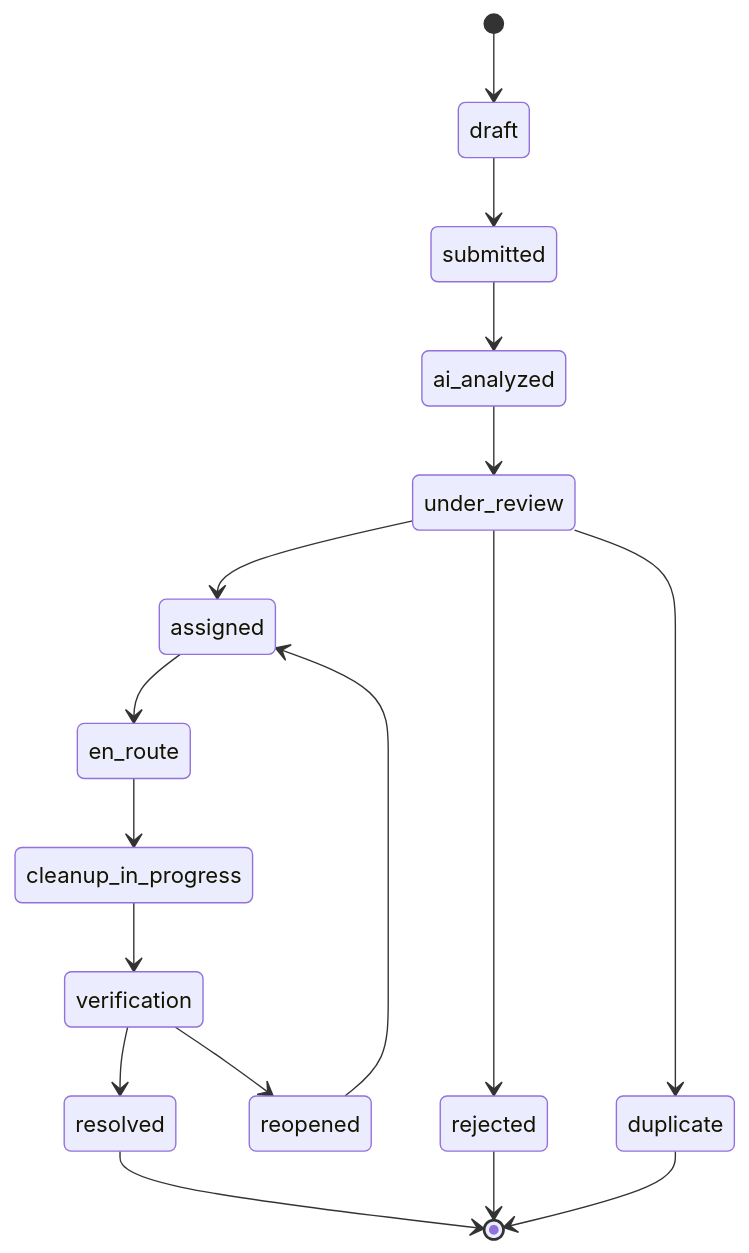
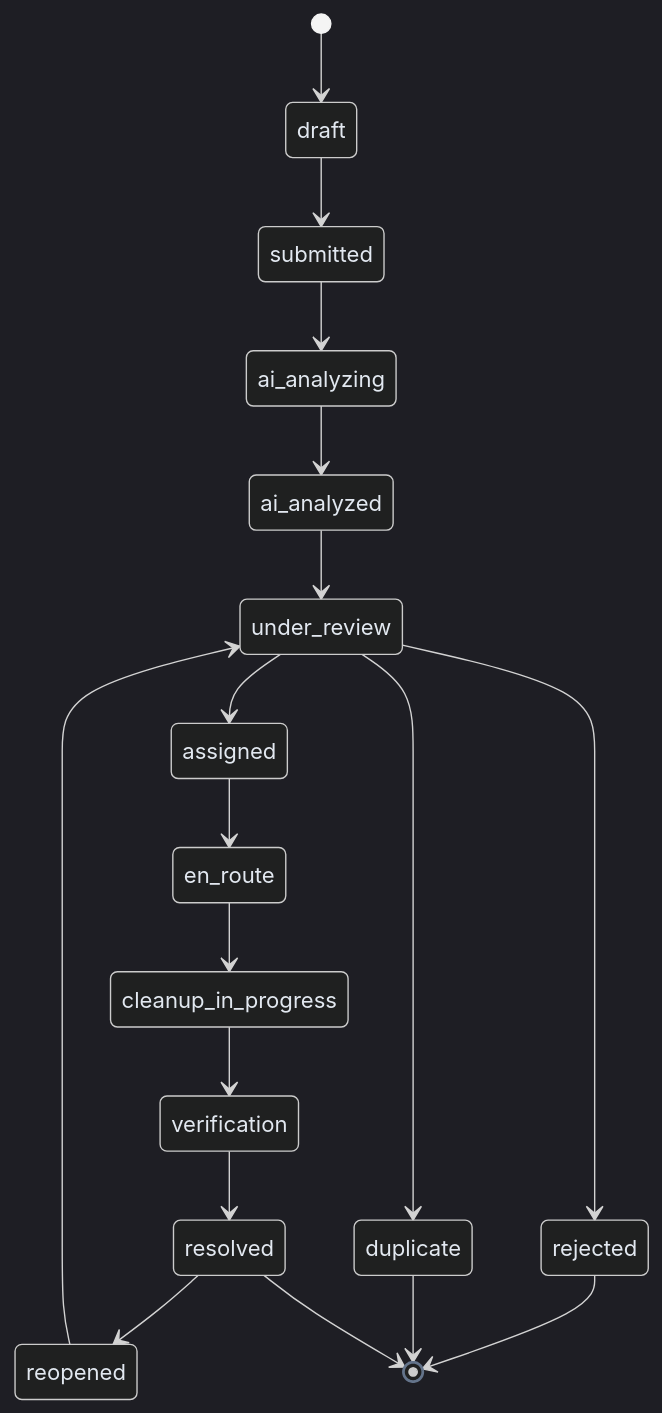
The fourth of 6 diagrams in README.md (Shubham809380/Smart_Coders_Gandhi-institute-of-excellent-technocrats_-SWACHHLENS), drawn with Mermaid before and after one commit. The commit also changed other lines of this file, not shown here.

````diff
--- a/README.md
+++ b/README.md
@@ -285,19 +230,22 @@
 ```mermaid
+%%{init: {'theme':'dark', 'themeVariables': {'primaryColor':'#0f172a','primaryTextColor':'#e2e8f0','primaryBorderColor':'#22c55e','lineColor':'#64748b'}}}%%
 stateDiagram-v2
     [*] --> draft
     draft --> submitted
-    submitted --> ai_analyzed
+    submitted --> ai_analyzing
+    ai_analyzing --> ai_analyzed
     ai_analyzed --> under_review
     under_review --> assigned
-    under_review --> rejected
-    under_review --> duplicate
     assigned --> en_route
     en_route --> cleanup_in_progress
     cleanup_in_progress --> verification
     verification --> resolved
-    verification --> reopened
-    reopened --> assigned
-    resolved --> [*]
+    resolved --> reopened
+    reopened --> under_review
+
+    under_review --> rejected
+    under_review --> duplicate
     rejected --> [*]
     duplicate --> [*]
+    resolved --> [*]
 ```
````
